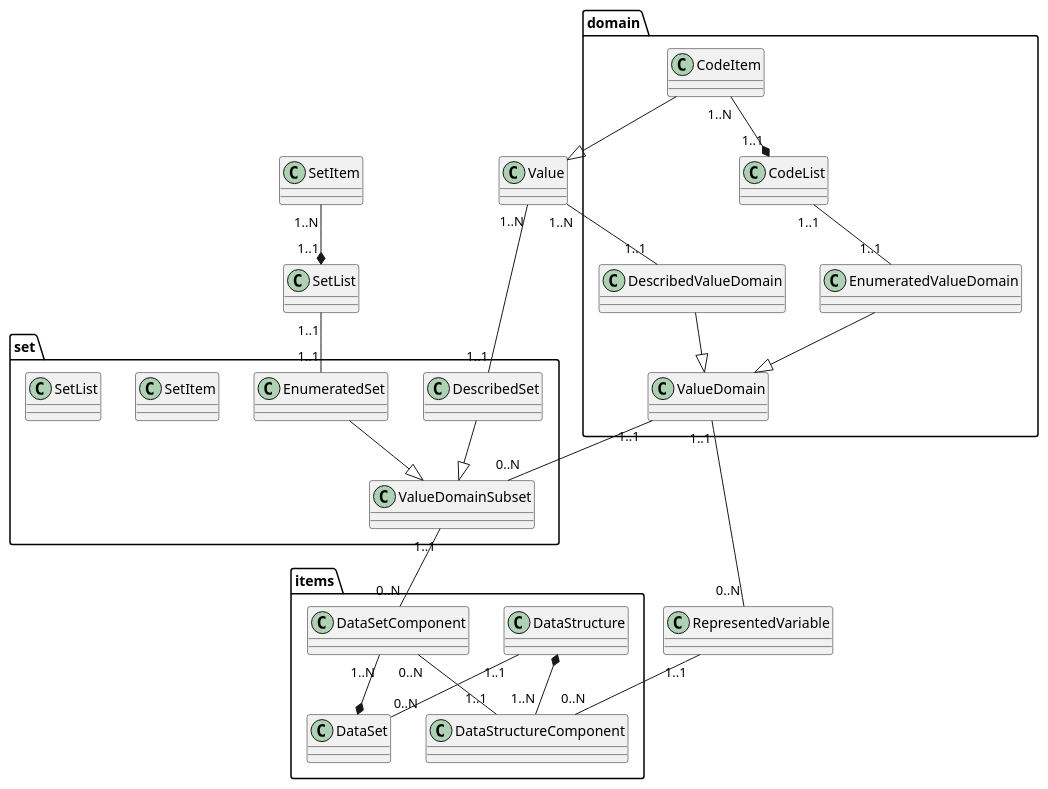
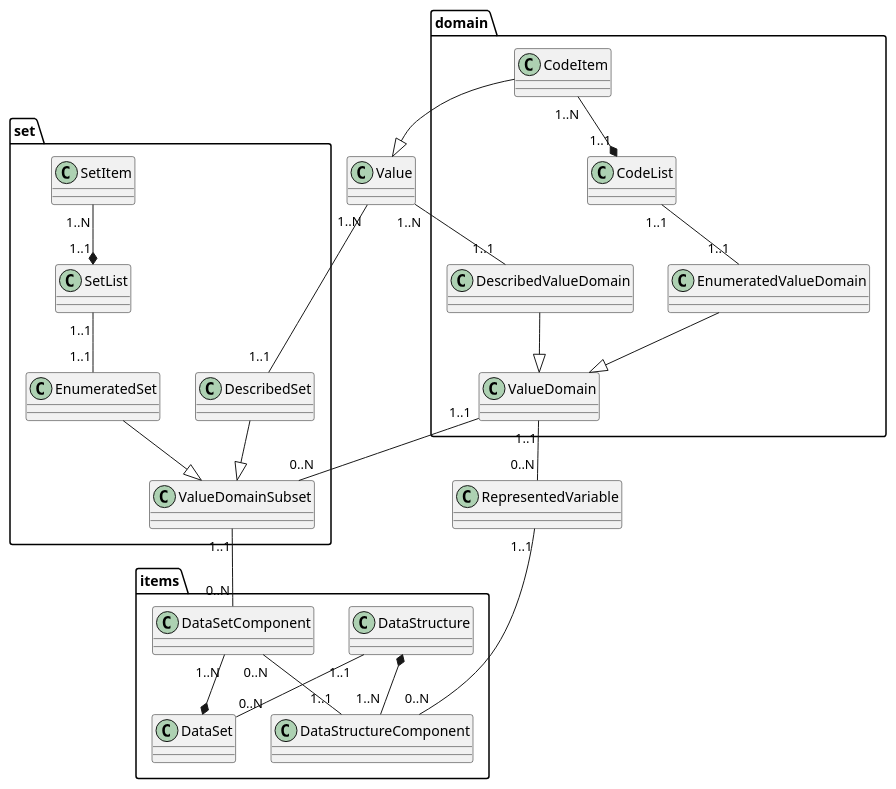
One commit to vpinna80/test_docs changed the third of 3 diagrams in sourcedir/test_manual.rst. Above: the diagram before and after it, drawn with PlantUML.

```diff
--- a/sourcedir/test_manual.rst
+++ b/sourcedir/test_manual.rst
@@ -105,50 +105,49 @@
 .. uml::
 
   @startuml      
-  SetItem "1..N" --* "1..1" SetList
-            class Value
+  class Value
             class RepresentedVariable 
             package domain { 
             class ValueDomain
             class DescribedValueDomain 
             class EnumeratedValueDomain 
             class CodeItem 
             class CodeList
             } 
             package set { 
             class DescribedSet 
             class EnumeratedSet 
             class ValueDomainSubset
             class SetItem 
             class SetList
             }     
             package items {       
             class DataSet 
             class DataStructure 
             class DataSetComponent
             class DataStructureComponent
             }
             SetList "1..1" -- "1..1" EnumeratedSet
-
+            SetItem "1..N" --* "1..1" SetList
             CodeItem --|> Value
             CodeItem "1..N" --* "1..1" CodeList
             CodeList "1..1" -- "1..1" EnumeratedValueDomain
 
             Value "1..N" -- "1..1" DescribedValueDomain
             Value "1..N" -- "1..1" DescribedSet
 
             DescribedValueDomain --|> ValueDomain
             EnumeratedValueDomain --|>  ValueDomain
 
             EnumeratedSet --|> ValueDomainSubset
             DescribedSet --|> ValueDomainSubset
             ValueDomain "1..1" -- "0..N" ValueDomainSubset
             ValueDomain "1..1" -- "0..N" RepresentedVariable
 
             DataStructure "1..1" -- "0..N" DataSet
             DataStructure *-- "1..N" DataStructureComponent
             DataSetComponent "1..N"--* DataSet 
             DataSetComponent "0..N" -- "1..1" DataStructureComponent
             ValueDomainSubset "1..1" -- "0..N" DataSetComponent
             RepresentedVariable "1..1" -- "0..N" DataStructureComponent
   @enduml
```
